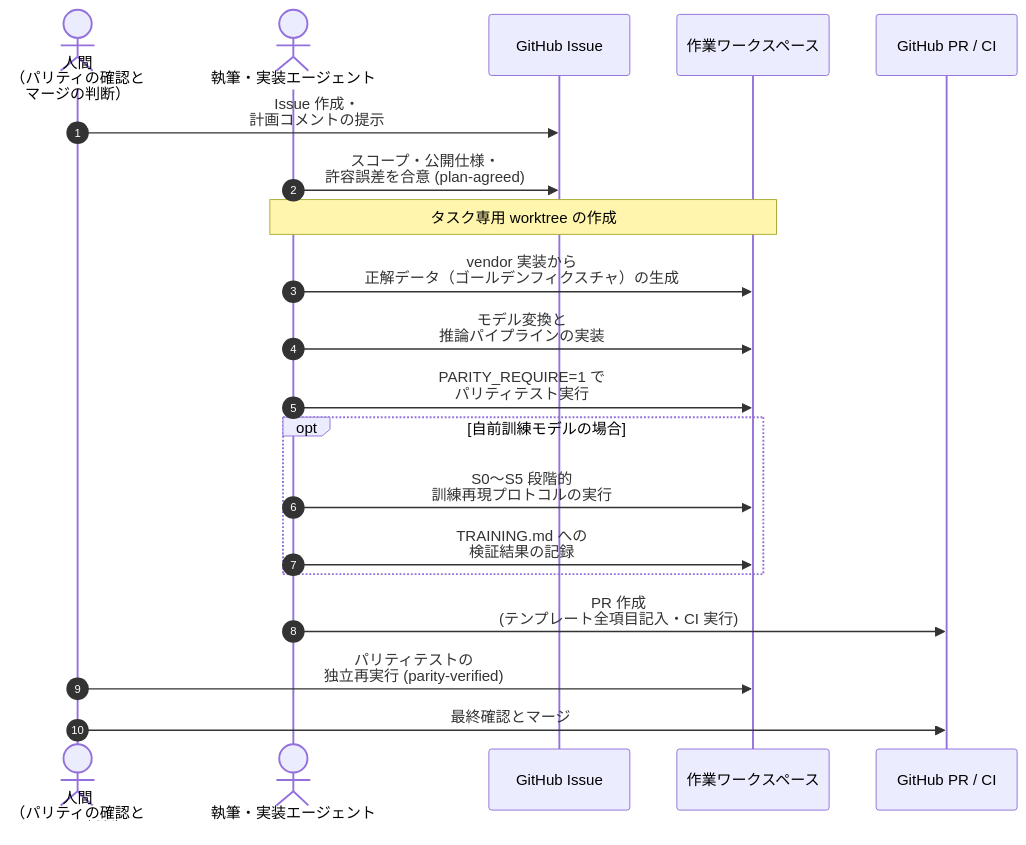
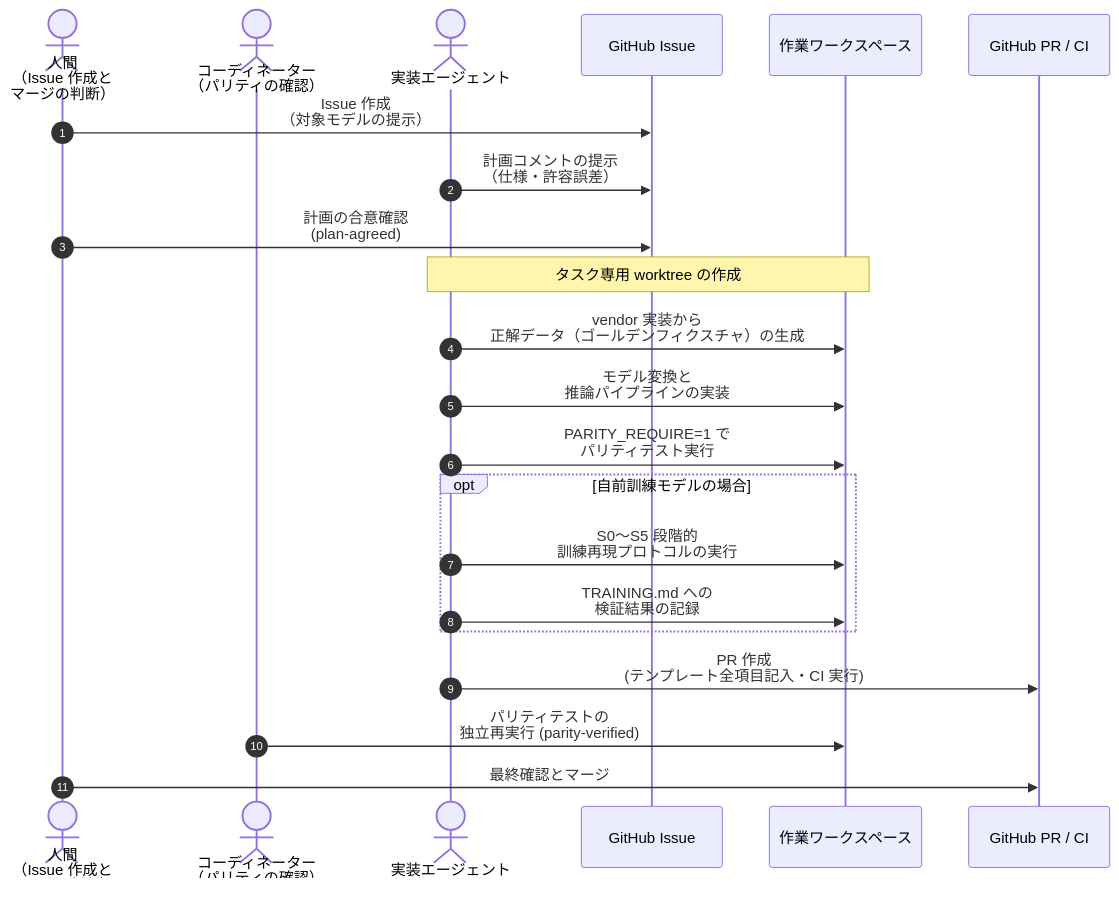
Before and after one commit to shunk031/zenn-contents: the second of 3 diagrams in articles/design-generators-harness.md, drawn with Mermaid. The commit also changed other lines of this file and 1 other file, not shown here.

````diff
--- a/articles/design-generators-harness.md
+++ b/articles/design-generators-harness.md
@@ -113,23 +117,25 @@
 ```mermaid
 sequenceDiagram
     autonumber
-    actor Dev as 人間<br>（パリティの確認と<br>マージの判断）
-    actor Agent as 執筆・実装エージェント
+    actor Dev as 人間<br>（Issue 作成と<br>マージの判断）
+    actor Coord as コーディネーター<br>（パリティの確認）
+    actor Agent as 実装エージェント
     participant Issue as GitHub Issue
     participant Worktree as 作業ワークスペース
     participant PR as GitHub PR / CI
 
-    Dev->>Issue: Issue 作成・<br>計画コメントの提示
-    Agent->>Issue: スコープ・公開仕様・<br>許容誤差を合意 (plan-agreed)
+    Dev->>Issue: Issue 作成<br>（対象モデルの提示）
+    Agent->>Issue: 計画コメントの提示<br>（仕様・許容誤差）
+    Dev->>Issue: 計画の合意確認<br>(plan-agreed)
     Note over Agent,Worktree: タスク専用 worktree の作成
     Agent->>Worktree: vendor 実装から<br>正解データ（ゴールデンフィクスチャ）の生成
     Agent->>Worktree: モデル変換と<br>推論パイプラインの実装
     Agent->>Worktree: PARITY_REQUIRE=1 で<br>パリティテスト実行
     opt 自前訓練モデルの場合
         Agent->>Worktree: S0〜S5 段階的<br>訓練再現プロトコルの実行
         Agent->>Worktree: TRAINING.md への<br>検証結果の記録
     end
     Agent->>PR: PR 作成<br>(テンプレート全項目記入・CI 実行)
-    Dev->>Worktree: パリティテストの<br>独立再実行 (parity-verified)
+    Coord->>Worktree: パリティテストの<br>独立再実行 (parity-verified)
     Dev->>PR: 最終確認とマージ
 ```
````
